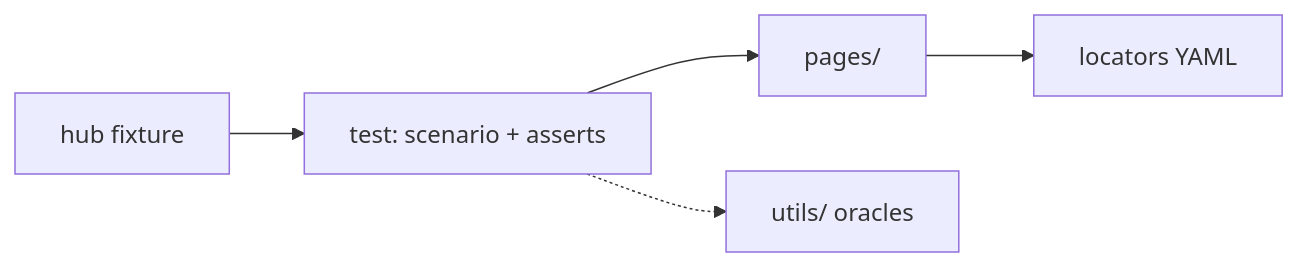
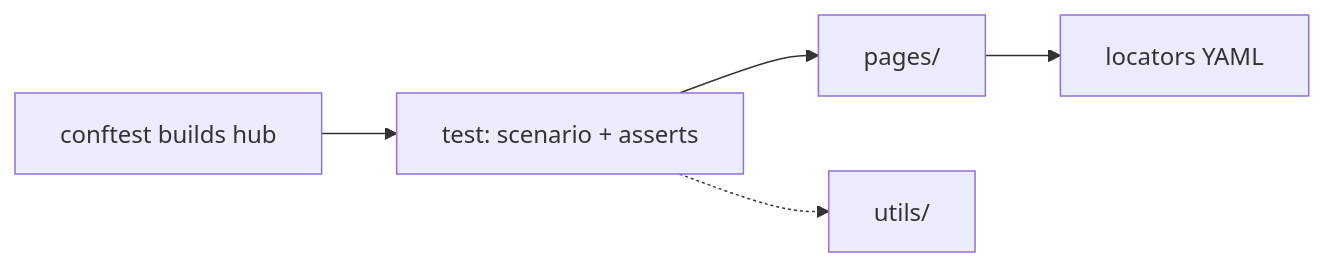
The third of 3 diagrams in docs/onboarding.md (CBIIT/crdc-dh-automation-pw), drawn with Mermaid before and after one commit. The commit also changed other lines of this file and 18 other files, not shown here.

````diff
--- a/docs/onboarding.md
+++ b/docs/onboarding.md
@@ -83,12 +149,12 @@
 ```mermaid
 flowchart LR
-  fixture["hub fixture"]
+  fixture["conftest builds hub"]
   test["test: scenario + asserts"]
   page["pages/"]
   yaml["locators YAML"]
-  utils["utils/ oracles"]
+  utils["utils/"]
   fixture --> test
   test --> page
   page --> yaml
   test -.-> utils
 ```
````
